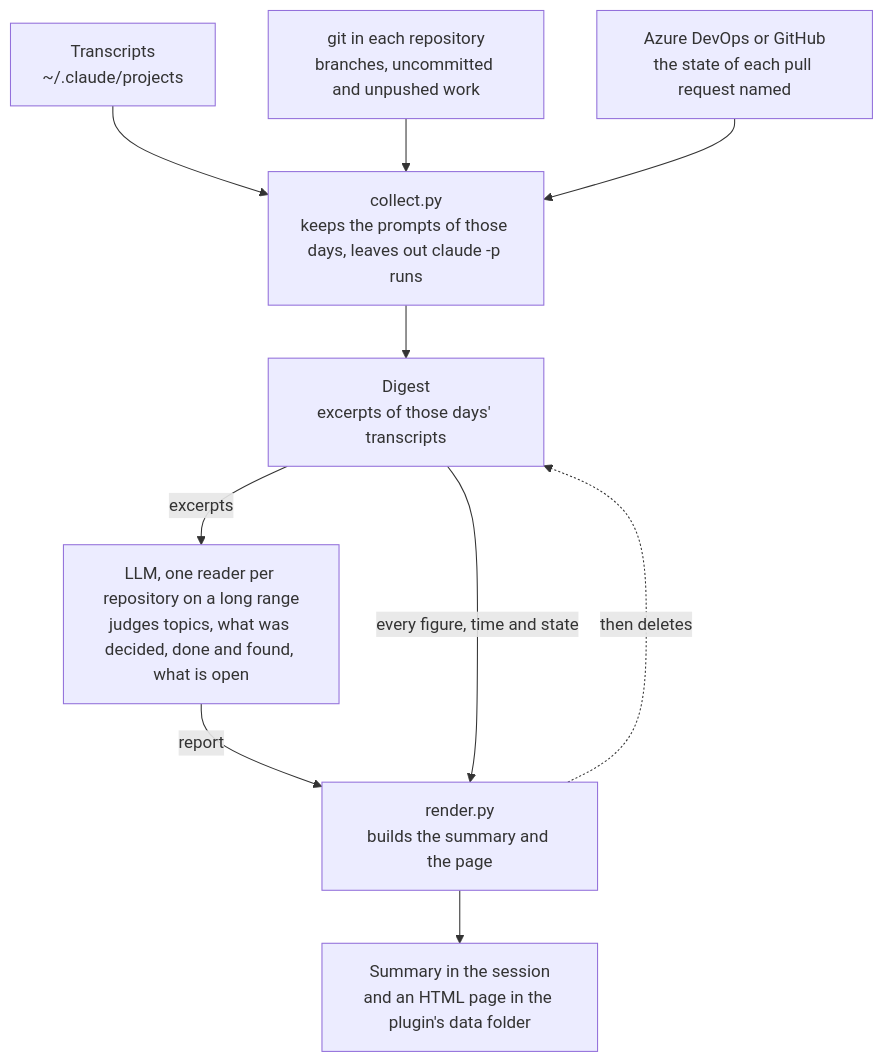
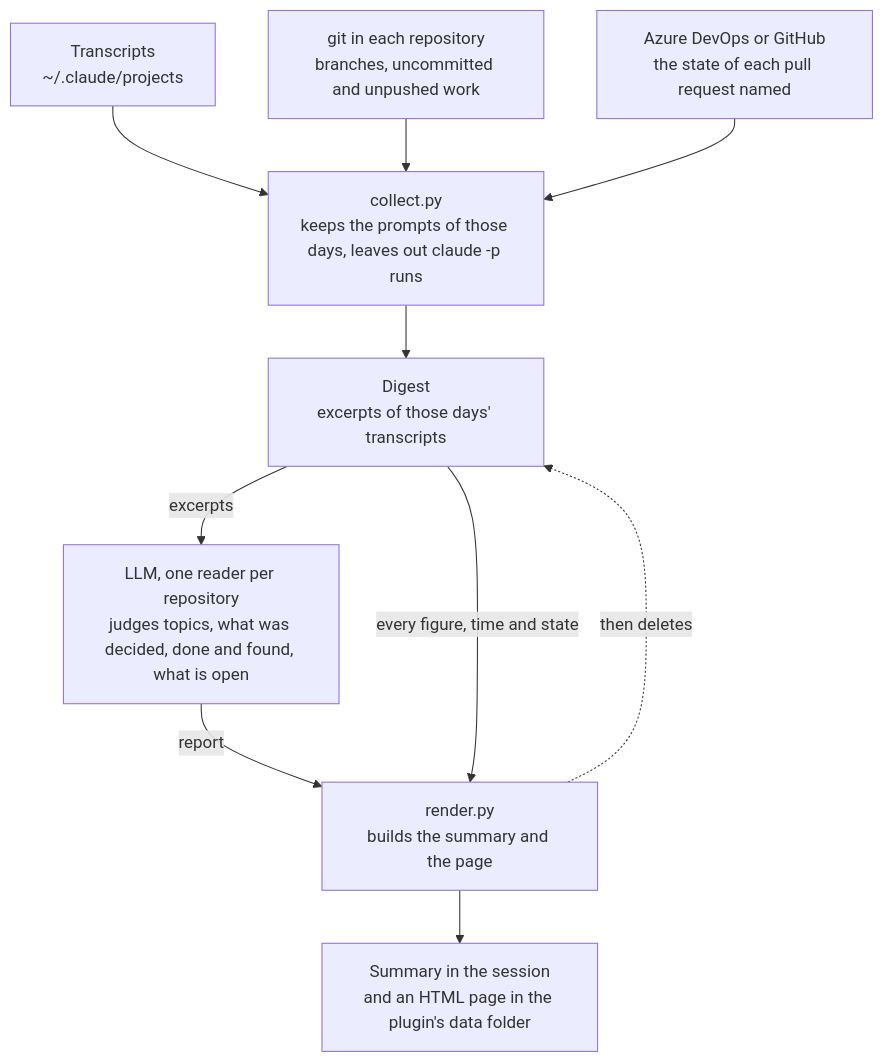
The diagram in plugins/remind-me/README.md (softwareone-platform/tundra), drawn with Mermaid before and after one commit. The commit also changed 4 other files, not shown here.

````diff
--- a/plugins/remind-me/README.md
+++ b/plugins/remind-me/README.md
@@ -40,12 +40,12 @@
 ```mermaid
 flowchart TB
     transcripts["Transcripts<br>~/.claude/projects"] --> collect
     git["git in each repository<br>branches, uncommitted and unpushed work"] --> collect
     remote["Azure DevOps or GitHub<br>the state of each pull request named"] --> collect
     collect["collect.py<br>keeps the prompts of those days, leaves out claude -p runs"] --> digest["Digest<br>excerpts of those days' transcripts"]
-    digest -- excerpts --> model["LLM, one reader per repository on a long range<br>judges topics, what was decided, done and found, what is open"]
+    digest -- excerpts --> model["LLM, one reader per repository<br>judges topics, what was decided, done and found, what is open"]
     model -- report --> render["render.py<br>builds the summary and the page"]
     digest -- every figure, time and state --> render
     render --> page["Summary in the session<br>and an HTML page in the plugin's data folder"]
     render -. then deletes .-> digest
 ```
````
